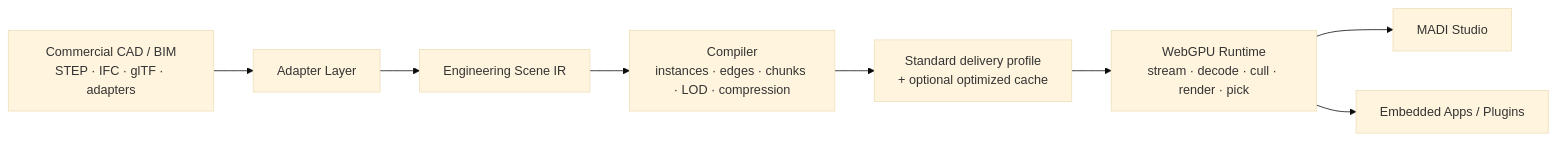
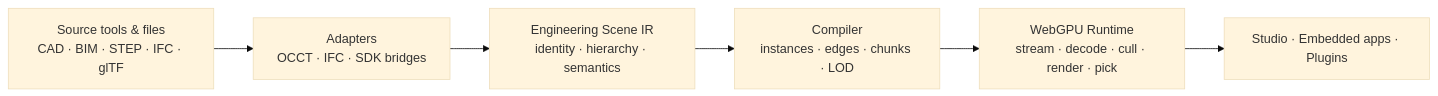
The diagram in README.md (1n01raymond/madi), drawn with Mermaid (base theme) before and after one commit. The commit also changed other lines of this file and 9 other files, not shown here.

````diff
--- a/README.md
+++ b/README.md
@@ -31,15 +68,11 @@
 ```mermaid
 flowchart LR
-    A[Commercial CAD / BIM<br/>STEP · IFC · glTF · adapters]
-    B[Adapter Layer]
-    C[Engineering Scene IR]
-    D[Compiler<br/>instances · edges · chunks · LOD · compression]
-    E[Standard delivery profile<br/>+ optional optimized cache]
-    F[WebGPU Runtime<br/>stream · decode · cull · render · pick]
-    G[MADI Studio]
-    H[Embedded Apps / Plugins]
+    S["Source tools & files<br/>CAD · BIM · STEP · IFC · glTF"]
+    A["Adapters<br/>OCCT · IFC · SDK bridges"]
+    I["Engineering Scene IR<br/>identity · hierarchy · semantics"]
+    C["Compiler<br/>instances · edges · chunks · LOD"]
+    R["WebGPU Runtime<br/>stream · decode · cull · render · pick"]
+    U["Studio · Embedded apps · Plugins"]
 
-    A --> B --> C --> D --> E --> F
-    F --> G
-    F --> H
+    S --> A --> I --> C --> R --> U
 ```
````
